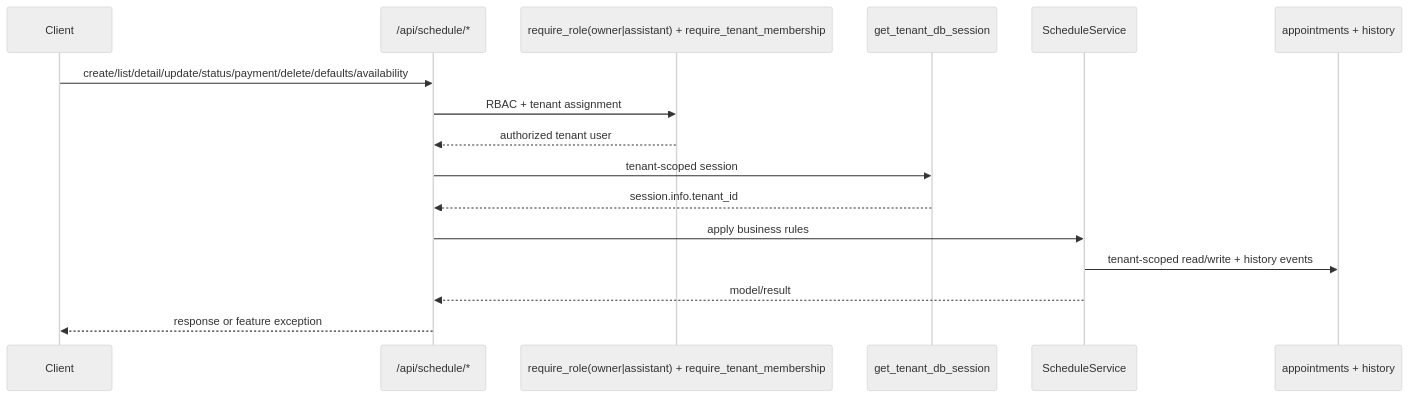
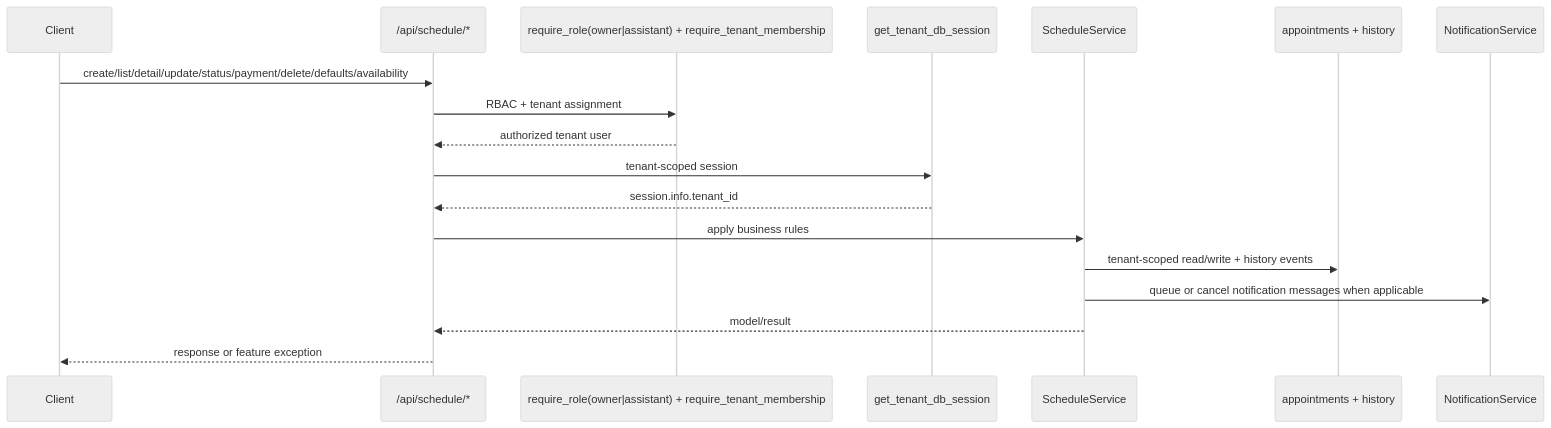
One commit to adriangpo/mindflow-api changed the first of 3 diagrams in docs/features/schedule.md. Above: the diagram before and after it, drawn with Mermaid (neutral theme). The commit also changed other lines of this file and 23 other files, not shown here.

````diff
--- a/docs/features/schedule.md
+++ b/docs/features/schedule.md
@@ -28,19 +29,21 @@
 ```mermaid
 sequenceDiagram
     participant Client
     participant Router as /api/schedule/*
     participant Guard as require_role(owner|assistant) + require_tenant_membership
     participant TenantDB as get_tenant_db_session
     participant Service as ScheduleService
     participant DB as appointments + history
+    participant Notification as NotificationService
 
     Client->>Router: create/list/detail/update/status/payment/delete/defaults/availability
     Router->>Guard: RBAC + tenant assignment
     Guard-->>Router: authorized tenant user
     Router->>TenantDB: tenant-scoped session
     TenantDB-->>Router: session.info.tenant_id
     Router->>Service: apply business rules
     Service->>DB: tenant-scoped read/write + history events
+    Service->>Notification: queue or cancel notification messages when applicable
     Service-->>Router: model/result
     Router-->>Client: response or feature exception
 ```
````
